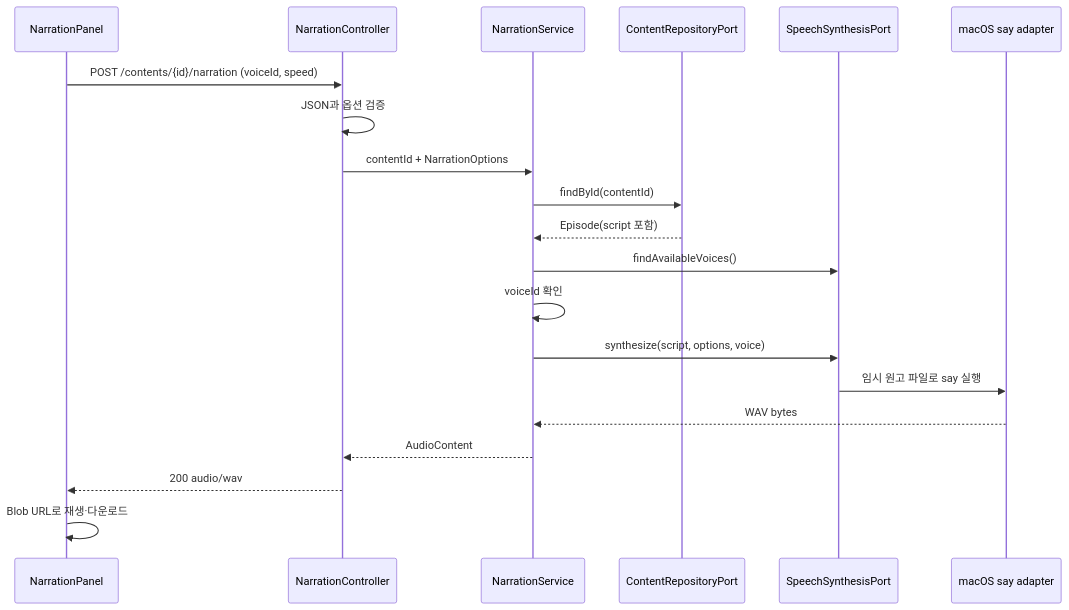
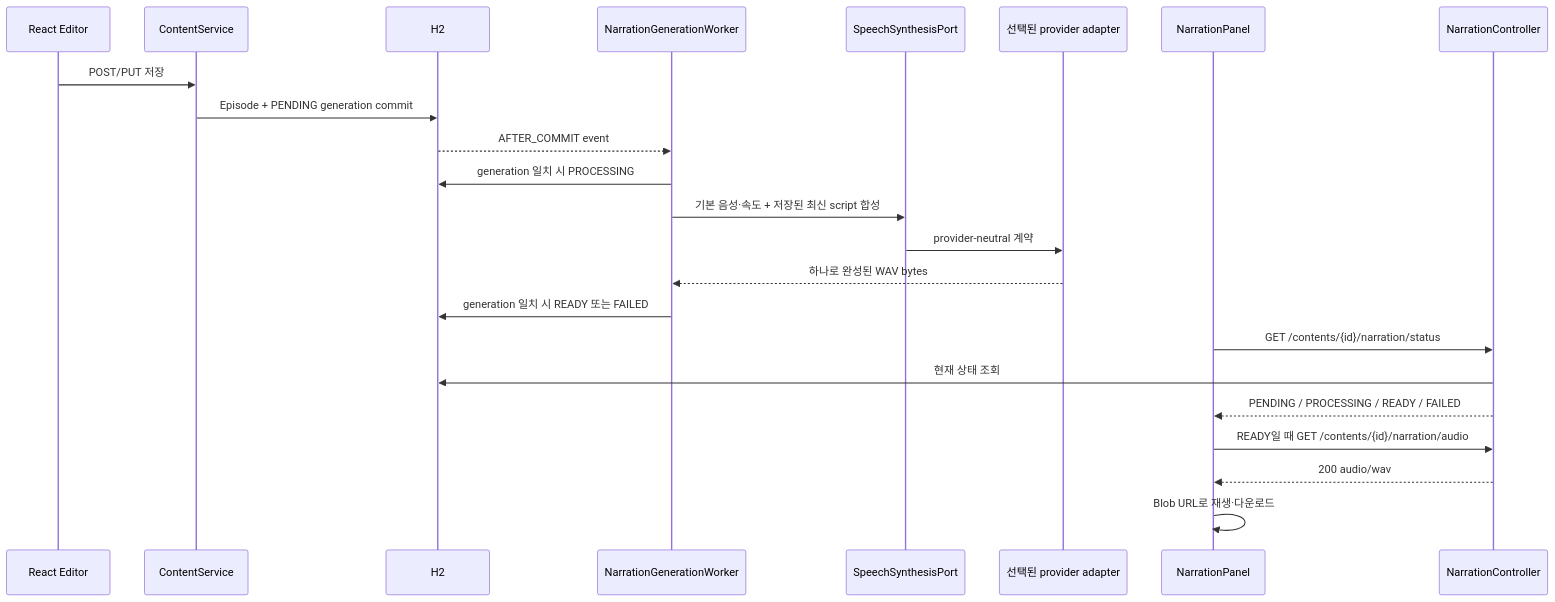
One commit to dbrlwns/spring-react-sleeping-sound changed the third of 4 diagrams in ARCHITECTURE.md. Above: the diagram before and after it, drawn with Mermaid. The commit also changed other lines of this file and 93 other files, not shown here.

````diff
--- a/ARCHITECTURE.md
+++ b/ARCHITECTURE.md
@@ -219,23 +278,26 @@
 ```mermaid
 sequenceDiagram
+    participant EDIT as React Editor
+    participant CONTENT as ContentService
+    participant DB as H2
+    participant WORKER as NarrationGenerationWorker
+    participant PORT as SpeechSynthesisPort
+    participant TTS as 선택된 provider adapter
     participant UI as NarrationPanel
     participant API as NarrationController
-    participant APP as NarrationService
-    participant REPO as ContentRepositoryPort
-    participant TTS as SpeechSynthesisPort
-    participant SAY as macOS say adapter
 
-    UI->>API: POST /contents/{id}/narration (voiceId, speed)
-    API->>API: JSON과 옵션 검증
-    API->>APP: contentId + NarrationOptions
-    APP->>REPO: findById(contentId)
-    REPO-->>APP: Episode(script 포함)
-    APP->>TTS: findAvailableVoices()
-    APP->>APP: voiceId 확인
-    APP->>TTS: synthesize(script, options, voice)
-    TTS->>SAY: 임시 원고 파일로 say 실행
-    SAY-->>APP: WAV bytes
-    APP-->>API: AudioContent
+    EDIT->>CONTENT: POST/PUT 저장
+    CONTENT->>DB: Episode + PENDING generation commit
+    DB-->>WORKER: AFTER_COMMIT event
+    WORKER->>DB: generation 일치 시 PROCESSING
+    WORKER->>PORT: 기본 음성·속도 + 저장된 최신 script 합성
+    PORT->>TTS: provider-neutral 계약
+    TTS-->>WORKER: 하나로 완성된 WAV bytes
+    WORKER->>DB: generation 일치 시 READY 또는 FAILED
+    UI->>API: GET /contents/{id}/narration/status
+    API->>DB: 현재 상태 조회
+    API-->>UI: PENDING / PROCESSING / READY / FAILED
+    UI->>API: READY일 때 GET /contents/{id}/narration/audio
     API-->>UI: 200 audio/wav
     UI->>UI: Blob URL로 재생·다운로드
 ```
````
